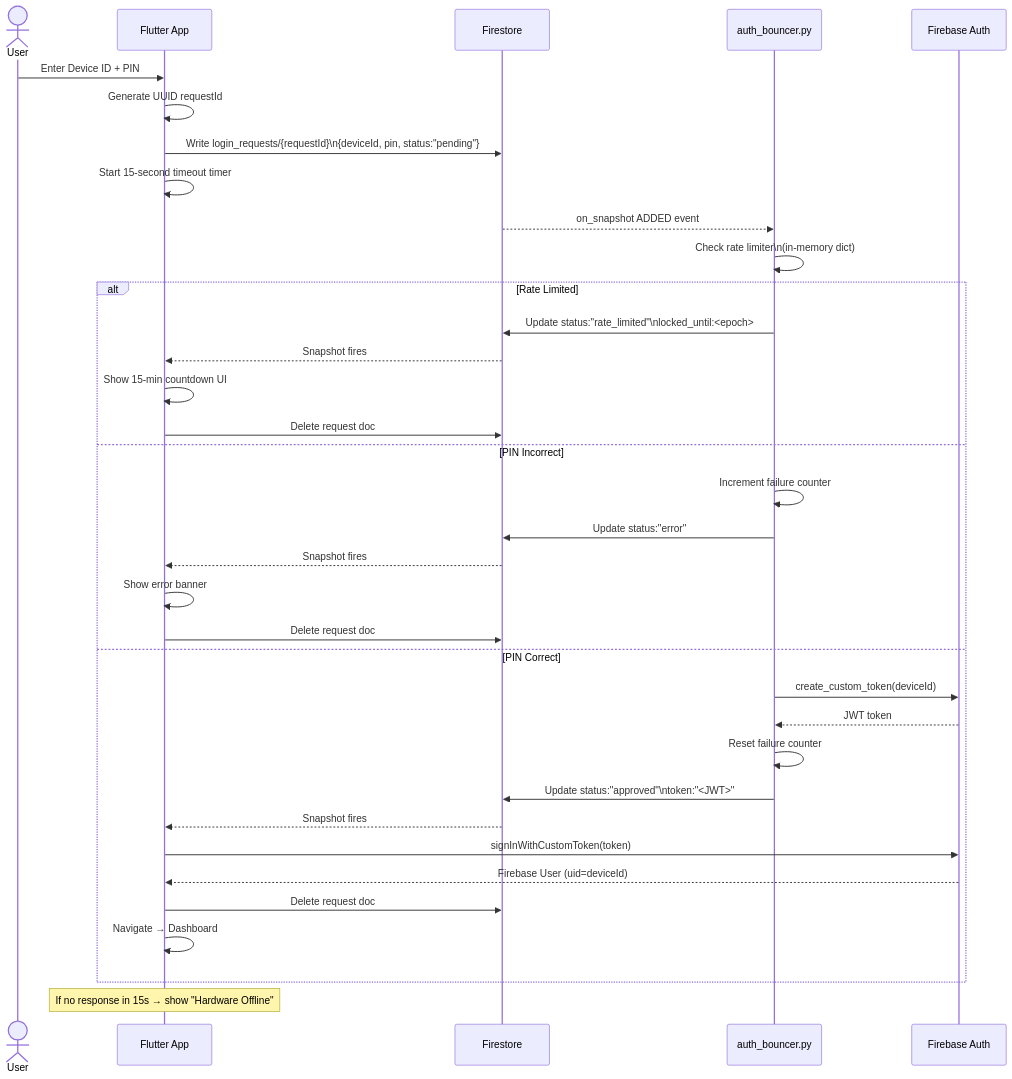
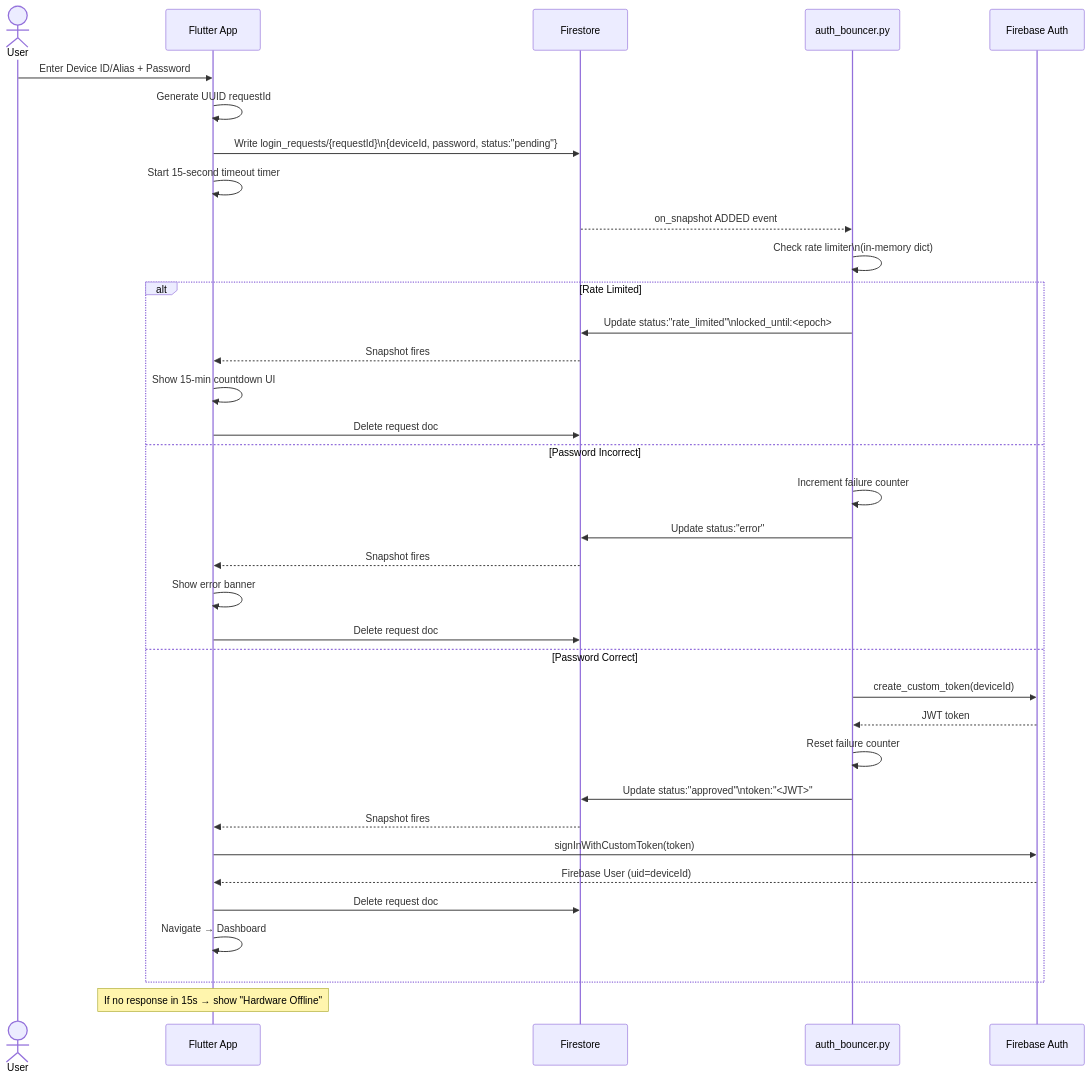
Before and after one commit to Arziii/Smartsprout: the fifth of 6 diagrams in DefensePreparation.md, drawn with Mermaid. The commit also changed other lines of this file and 2 other files, not shown here.

Commit message:
refactor: upgrade authentication to enterprise-grade PBKDF2 passwords with strict alias resolving and constant-time verification

````diff
--- a/DefensePreparation.md
+++ b/DefensePreparation.md
@@ -432,38 +433,38 @@
 ```mermaid
 sequenceDiagram
     actor User
     participant App as Flutter App
     participant DB as Firestore
     participant Pi as auth_bouncer.py
     participant Auth as Firebase Auth
 
-    User->>App: Enter Device ID + PIN
+    User->>App: Enter Device ID/Alias + Password
     App->>App: Generate UUID requestId
-    App->>DB: Write login_requests/{requestId}\n{deviceId, pin, status:"pending"}
+    App->>DB: Write login_requests/{requestId}\n{deviceId, password, status:"pending"}
     App->>App: Start 15-second timeout timer
     DB-->>Pi: on_snapshot ADDED event
     Pi->>Pi: Check rate limiter\n(in-memory dict)
     alt Rate Limited
         Pi->>DB: Update status:"rate_limited"\nlocked_until:<epoch>
         DB-->>App: Snapshot fires
         App->>App: Show 15-min countdown UI
         App->>DB: Delete request doc
-    else PIN Incorrect
+    else Password Incorrect
         Pi->>Pi: Increment failure counter
         Pi->>DB: Update status:"error"
         DB-->>App: Snapshot fires
         App->>App: Show error banner
         App->>DB: Delete request doc
-    else PIN Correct
+    else Password Correct
         Pi->>Auth: create_custom_token(deviceId)
         Auth-->>Pi: JWT token
         Pi->>Pi: Reset failure counter
         Pi->>DB: Update status:"approved"\ntoken:"<JWT>"
         DB-->>App: Snapshot fires
         App->>Auth: signInWithCustomToken(token)
         Auth-->>App: Firebase User (uid=deviceId)
         App->>DB: Delete request doc
         App->>App: Navigate → Dashboard
     end
     Note over App: If no response in 15s → show "Hardware Offline"
 ```
````
